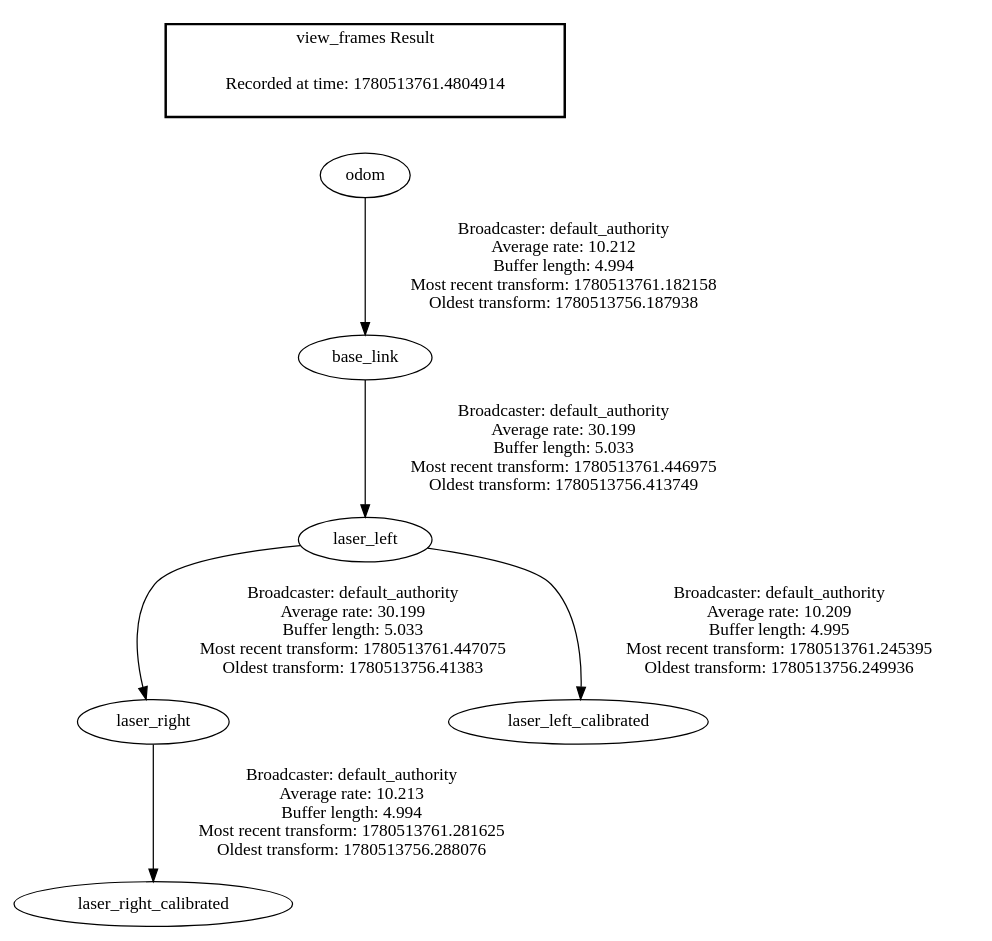
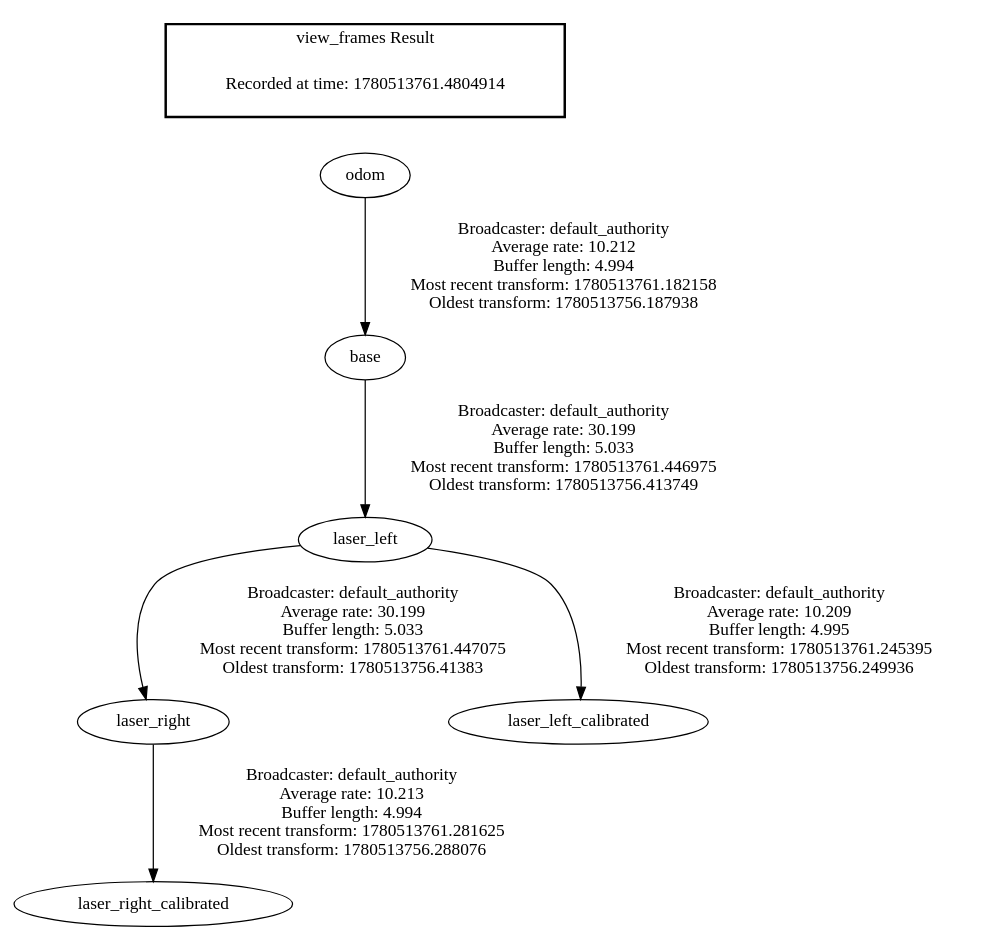
The diagram in frames_2026-06-03_19.09.21.gv (robotics-laboratory/truck), drawn with Graphviz before and after one commit. The commit also changed 26 other files, not shown here.

```diff
--- a/frames_2026-06-03_19.09.21.gv
+++ b/frames_2026-06-03_19.09.21.gv
@@ -1,11 +1,11 @@
 digraph G {
-"odom" -> "base_link"[label=" Broadcaster: default_authority\nAverage rate: 10.212\nBuffer length: 4.994\nMost recent transform: 1780513761.182158\nOldest transform: 1780513756.187938\n"];
-"base_link" -> "laser_left"[label=" Broadcaster: default_authority\nAverage rate: 30.199\nBuffer length: 5.033\nMost recent transform: 1780513761.446975\nOldest transform: 1780513756.413749\n"];
+"odom" -> "base"[label=" Broadcaster: default_authority\nAverage rate: 10.212\nBuffer length: 4.994\nMost recent transform: 1780513761.182158\nOldest transform: 1780513756.187938\n"];
+"base" -> "laser_left"[label=" Broadcaster: default_authority\nAverage rate: 30.199\nBuffer length: 5.033\nMost recent transform: 1780513761.446975\nOldest transform: 1780513756.413749\n"];
 "laser_left" -> "laser_right"[label=" Broadcaster: default_authority\nAverage rate: 30.199\nBuffer length: 5.033\nMost recent transform: 1780513761.447075\nOldest transform: 1780513756.41383\n"];
 "laser_left" -> "laser_left_calibrated"[label=" Broadcaster: default_authority\nAverage rate: 10.209\nBuffer length: 4.995\nMost recent transform: 1780513761.245395\nOldest transform: 1780513756.249936\n"];
 "laser_right" -> "laser_right_calibrated"[label=" Broadcaster: default_authority\nAverage rate: 10.213\nBuffer length: 4.994\nMost recent transform: 1780513761.281625\nOldest transform: 1780513756.288076\n"];
 edge [style=invis];
  subgraph cluster_legend { style=bold; color=black; label ="view_frames Result";
 "Recorded at time: 1780513761.4804914"[ shape=plaintext ] ;
 }->"odom";
 }
```
